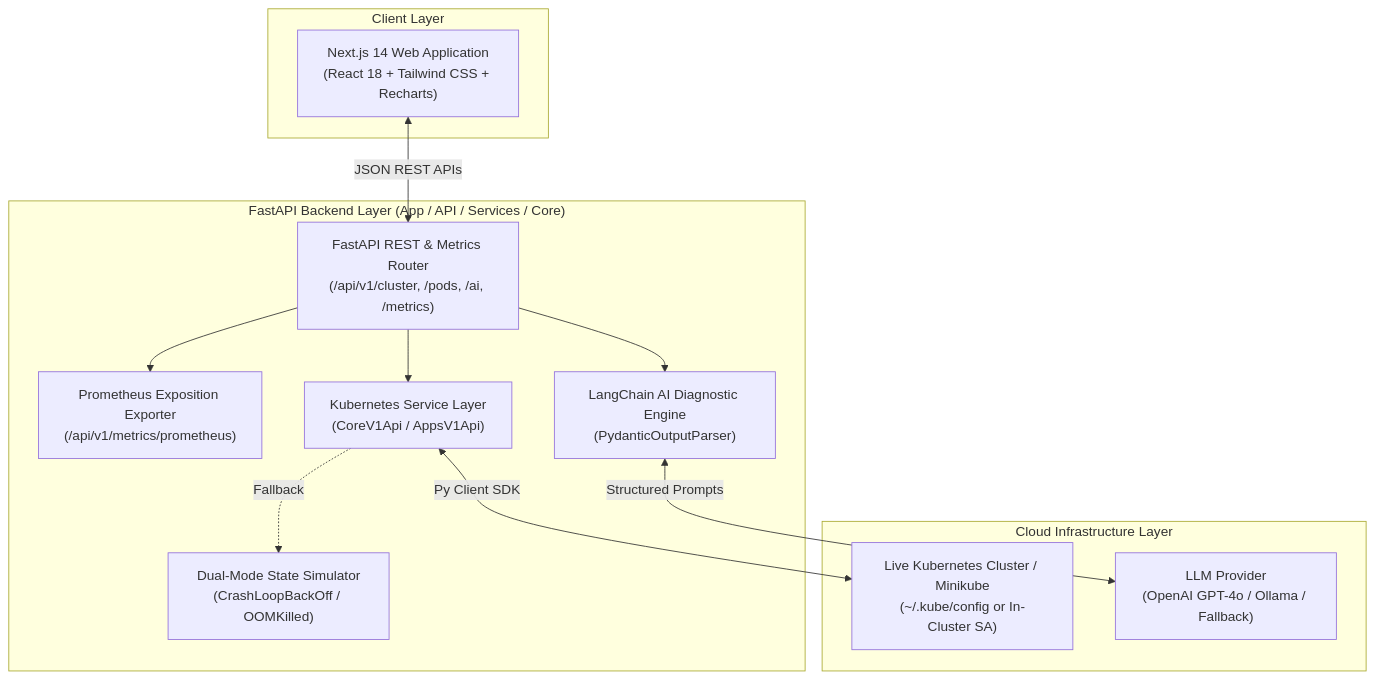
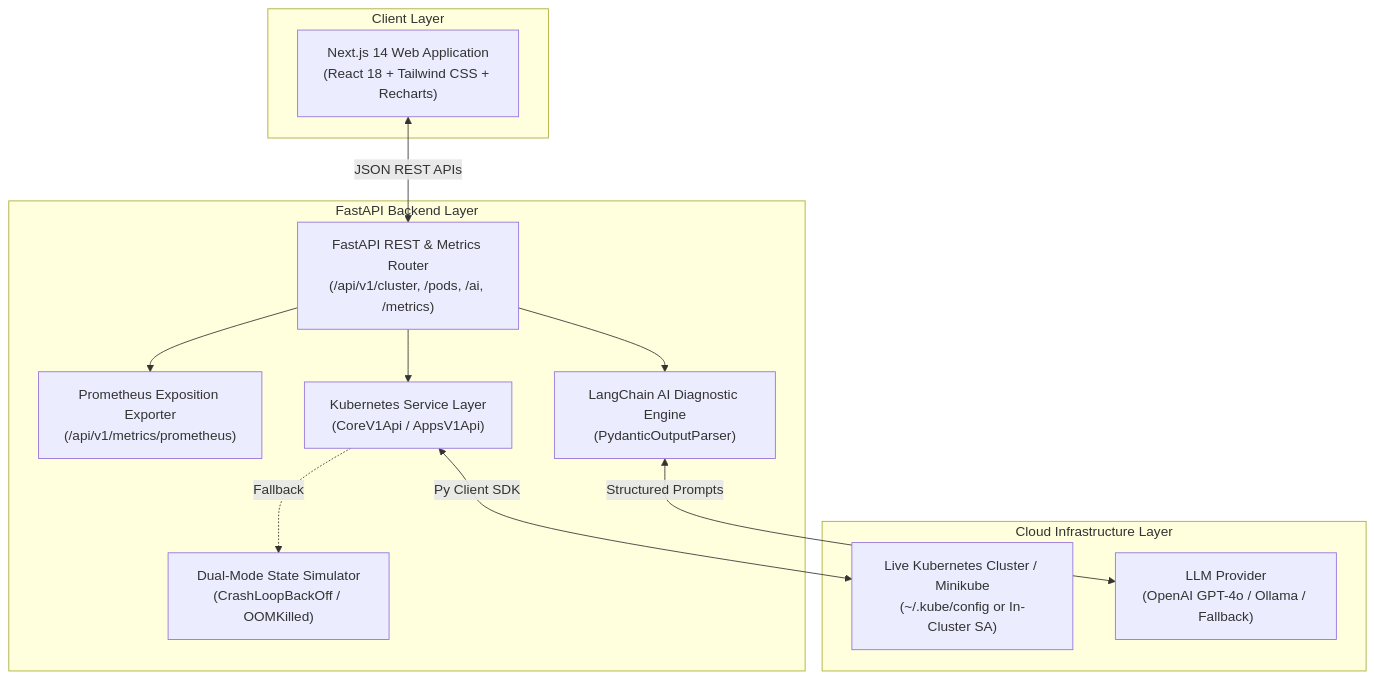
The first of 2 diagrams in README.md (harsharaju1314-hash/kubepilot), drawn with Mermaid before and after one commit. The commit also changed other lines of this file, not shown here.

Commit message:
Refine README.md: Concise problem statement, Mermaid AI flowchart, engineering challenges, key learnings, and accurate terminology

````diff
--- a/README.md
+++ b/README.md
@@ -41,27 +40,27 @@
 ```mermaid
 flowchart TB
     subgraph Client ["Client Layer"]
         UI["Next.js 14 Web Application\n(React 18 + Tailwind CSS + Recharts)"]
     end
 
-    subgraph Backend ["FastAPI Backend Layer (App / API / Services / Core)"]
+    subgraph Backend ["FastAPI Backend Layer"]
         API["FastAPI REST & Metrics Router\n(/api/v1/cluster, /pods, /ai, /metrics)"]
         Prometheus["Prometheus Exposition Exporter\n(/api/v1/metrics/prometheus)"]
         K8sService["Kubernetes Service Layer\n(CoreV1Api / AppsV1Api)"]
         Simulator["Dual-Mode State Simulator\n(CrashLoopBackOff / OOMKilled)"]
         AIService["LangChain AI Diagnostic Engine\n(PydanticOutputParser)"]
     end
 
     subgraph Infrastructure ["Cloud Infrastructure Layer"]
         K8sCluster["Live Kubernetes Cluster / Minikube\n(~/.kube/config or In-Cluster SA)"]
         LLM["LLM Provider\n(OpenAI GPT-4o / Ollama / Fallback)"]
     end
 
     UI <-->|JSON REST APIs| API
     API --> K8sService
     API --> AIService
     API --> Prometheus
     K8sService <-->|Py Client SDK| K8sCluster
     K8sService -.->|Fallback| Simulator
     AIService <-->|Structured Prompts| LLM
 ```
````
